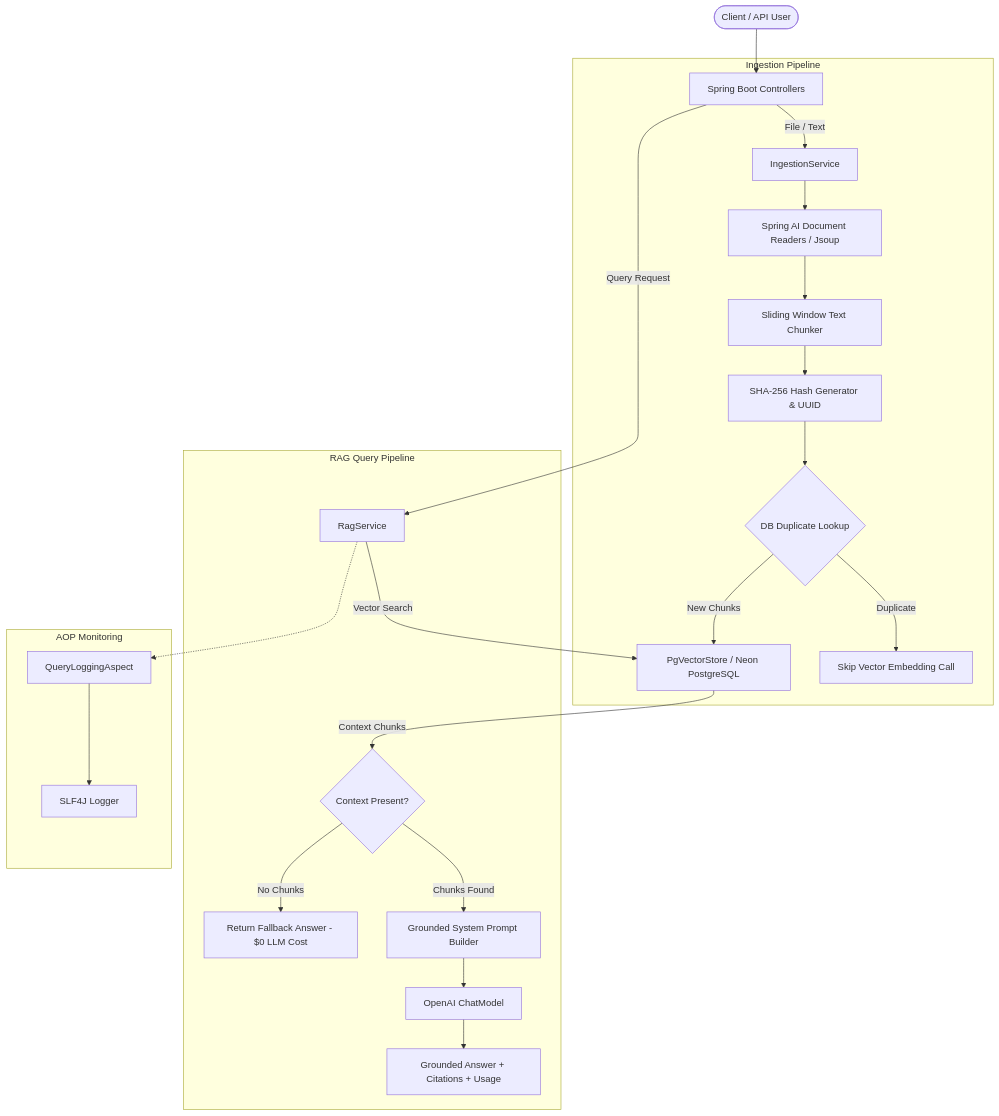
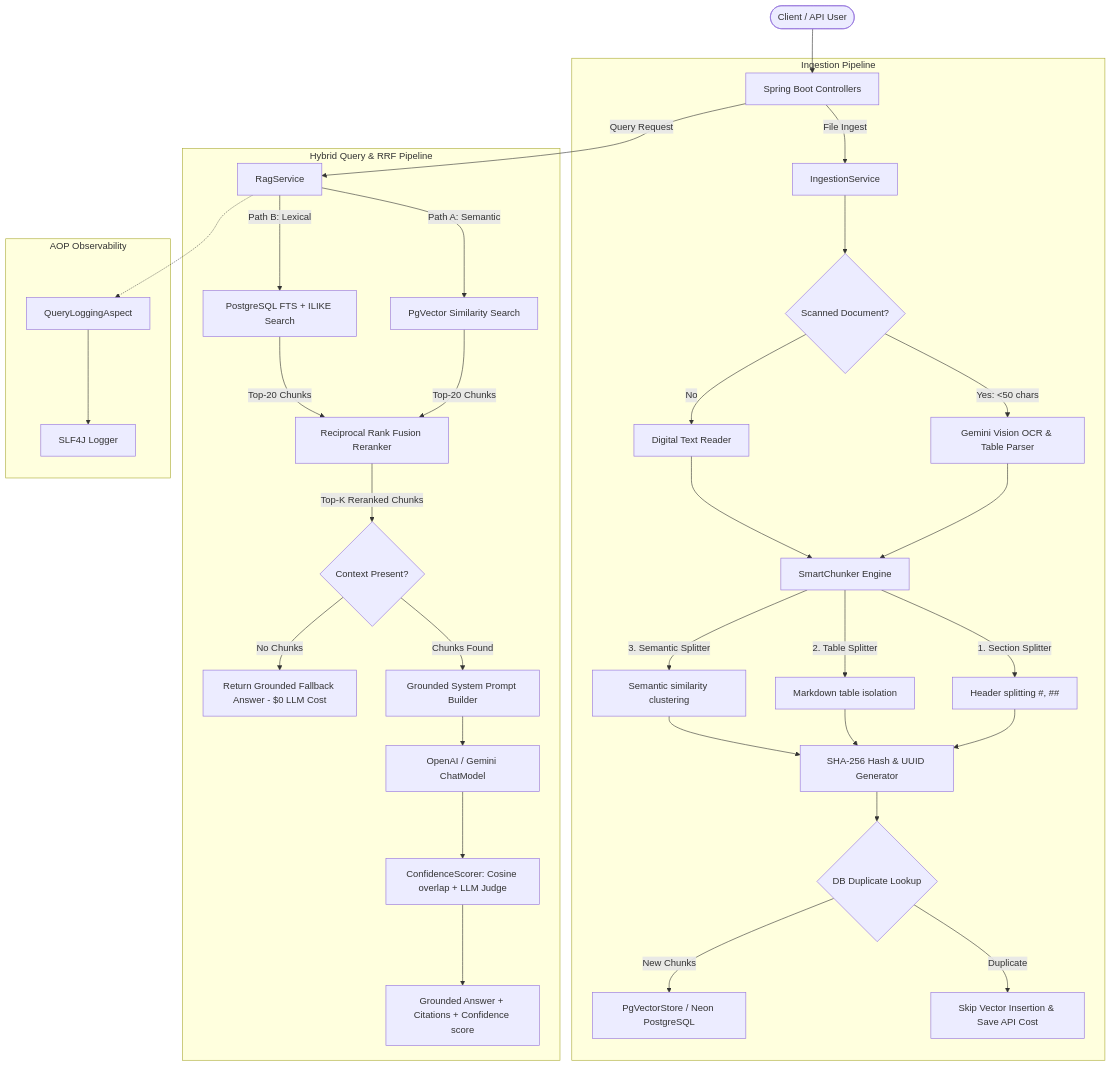
Before and after one commit to keshavbansal02/Cost-efficent-Rag: the diagram in README.md, drawn with Mermaid. The commit also changed other lines of this file, not shown here.

Commit message:
docs: update README.md key features list and Mermaid architecture flowchart

````diff
--- a/README.md
+++ b/README.md
@@ -35,29 +40,46 @@
 ```mermaid
 graph TD
     User([Client / API User]) --> Controller[Spring Boot Controllers]
     
     subgraph Ingestion Pipeline
-        Controller -->|File / Text| IngestionService[IngestionService]
-        IngestionService --> Reader[Spring AI Document Readers / Jsoup]
-        Reader --> Chunker[Sliding Window Text Chunker]
-        Chunker --> Hasher[SHA-256 Hash Generator & UUID]
+        Controller -->|File Ingest| IngestionService[IngestionService]
+        IngestionService --> ScannedCheck{Scanned Document?}
+        ScannedCheck -->|Yes: <50 chars| VisionOcr[Gemini Vision OCR & Table Parser]
+        ScannedCheck -->|No| TextParser[Digital Text Reader]
+        
+        VisionOcr --> SmartChunker[SmartChunker Engine]
+        TextParser --> SmartChunker
+        
+        SmartChunker -->|1. Section Splitter| SC_H[Header splitting #, ##]
+        SmartChunker -->|2. Table Splitter| SC_T[Markdown table isolation]
+        SmartChunker -->|3. Semantic Splitter| SC_S[Semantic similarity clustering]
+        
+        SC_H & SC_T & SC_S --> Hasher[SHA-256 Hash & UUID Generator]
         Hasher --> Deduper{DB Duplicate Lookup}
         Deduper -->|New Chunks| PgVectorStore[PgVectorStore / Neon PostgreSQL]
-        Deduper -->|Duplicate| Skip[Skip Vector Embedding Call]
+        Deduper -->|Duplicate| Skip[Skip Vector Insertion & Save API Cost]
     end
 
-    subgraph RAG Query Pipeline
+    subgraph Hybrid Query & RRF Pipeline
         Controller -->|Query Request| RagService[RagService]
-        RagService -->|Vector Search| PgVectorStore
-        PgVectorStore -->|Context Chunks| Grounder{Context Present?}
-        Grounder -->|No Chunks| Fallback[Return Fallback Answer - $0 LLM Cost]
-        Grounder -->|Chunks Found| PromptBuilder["Grounded System Prompt Builder"]
-        PromptBuilder --> ChatModel["OpenAI ChatModel"]
-        ChatModel --> Response["Grounded Answer + Citations + Usage"]
+        
+        RagService -->|Path A: Semantic| VectorSearch[PgVector Similarity Search]
+        RagService -->|Path B: Lexical| PostgresFts[PostgreSQL FTS + ILIKE Search]
+        
+        VectorSearch -->|Top-20 Chunks| RrfScorer[Reciprocal Rank Fusion Reranker]
+        PostgresFts -->|Top-20 Chunks| RrfScorer
+        
+        RrfScorer -->|Top-K Reranked Chunks| Grounder{Context Present?}
+        Grounder -->|No Chunks| Fallback[Return Grounded Fallback Answer - $0 LLM Cost]
+        
+        Grounder -->|Chunks Found| PromptBuilder[Grounded System Prompt Builder]
+        PromptBuilder --> ChatModel[OpenAI / Gemini ChatModel]
+        ChatModel --> Confidence[ConfidenceScorer: Cosine overlap + LLM Judge]
+        Confidence --> Response[Grounded Answer + Citations + Confidence score]
     end
 
-    subgraph AOP Monitoring
-        RagService -.-> Aspect["QueryLoggingAspect"]
-        Aspect --> Logs["SLF4J Logger"]
+    subgraph AOP Observability
+        RagService -.-> Aspect[QueryLoggingAspect]
+        Aspect --> Logs[SLF4J Logger]
     end
 ```
````
